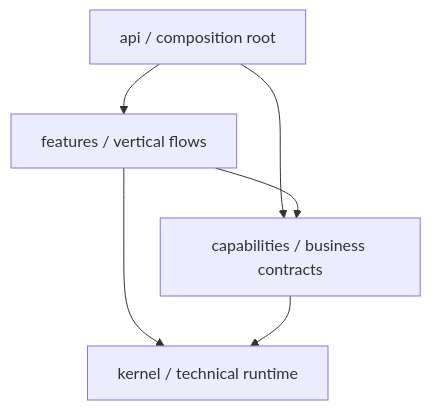
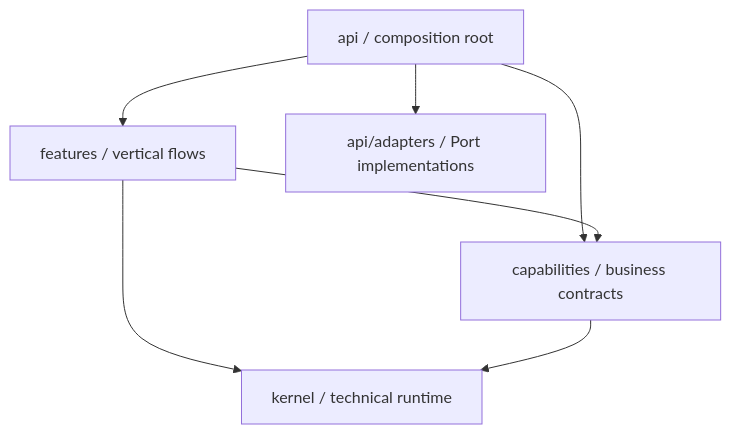
The diagram in context/spec/architecture.md (yeraph-plus/aiya-cms), drawn with Mermaid before and after one commit. The commit also changed other lines of this file and 31 other files, not shown here.

Commit message:
feat(api): capability-grouped adapter library with adapters spec, site_settings feature for settings orchestration, SMTP credentials via notification settings group

````diff
--- a/context/spec/architecture.md
+++ b/context/spec/architecture.md
@@ -16,8 +17,9 @@
 ```mermaid
 flowchart TD
     API["api / composition root"] --> FEATURES["features / vertical flows"]
     API --> CAPS["capabilities / business contracts"]
+    API --> ADAPTERS["api/adapters / Port implementations"]
     FEATURES --> CAPS
     FEATURES --> KERNEL["kernel / technical runtime"]
     CAPS --> KERNEL
 ```
````
